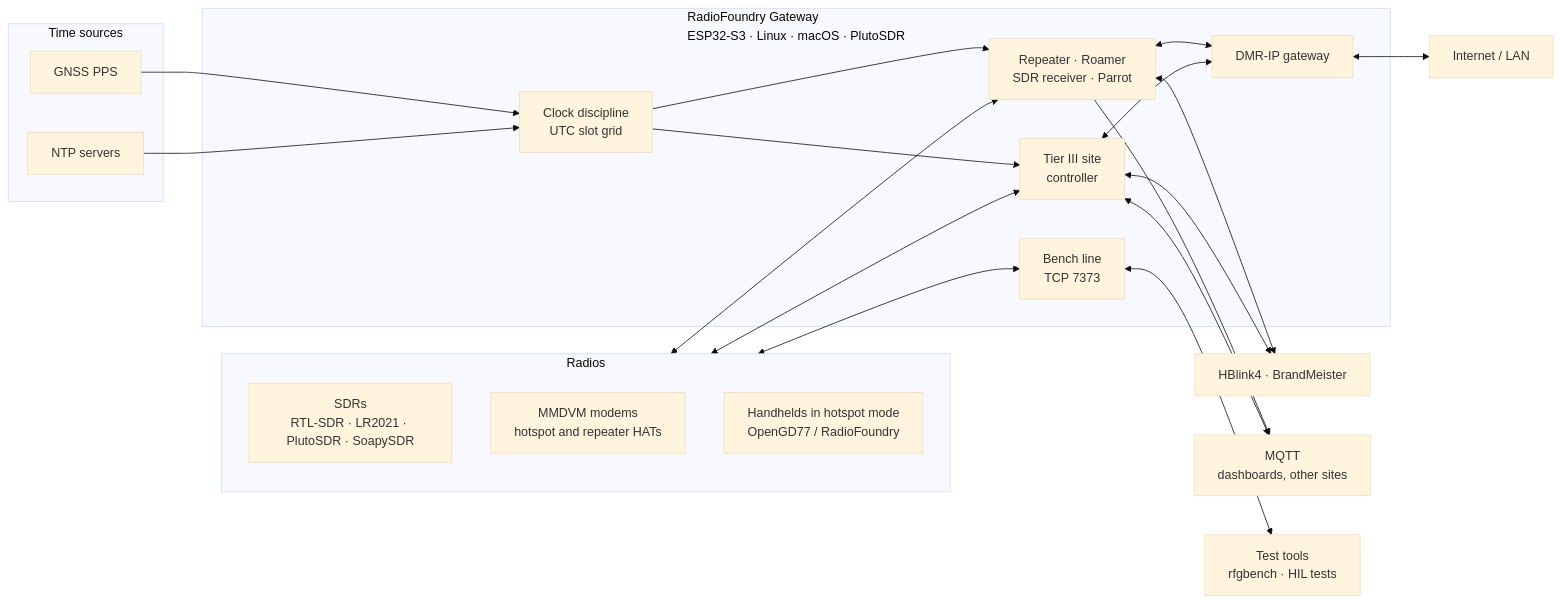
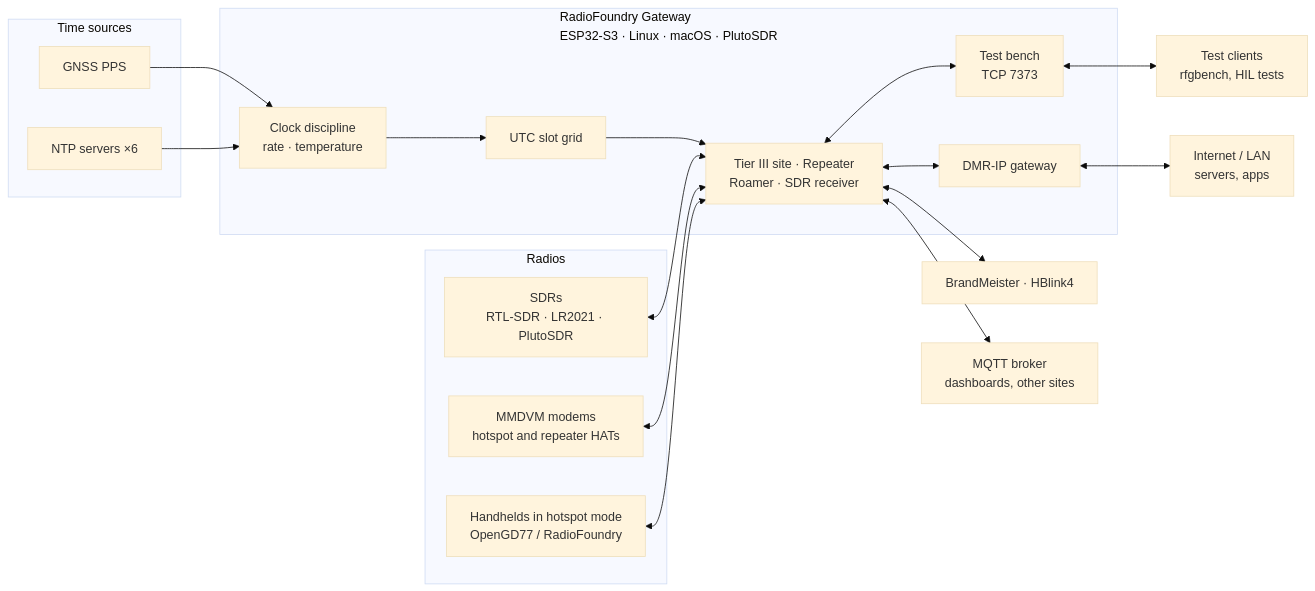
The diagram in README.md (RadioFoundry/RadioFoundryGateway), drawn with Mermaid (base theme) before and after one commit. The commit also changed other lines of this file, not shown here.

Commit message:
Docs: restore the README diagram's layout

````diff
--- a/README.md
+++ b/README.md
@@ -30,34 +30,31 @@
 ```mermaid
 flowchart LR
     subgraph Radios["Radios"]
-        SDR["SDRs<br/>RTL-SDR · LR2021 · PlutoSDR · SoapySDR"]
+        SDR["SDRs<br/>RTL-SDR · LR2021 · PlutoSDR"]
         MOD["MMDVM modems<br/>hotspot and repeater HATs"]
         HS["Handhelds in hotspot mode<br/>OpenGD77 / RadioFoundry"]
     end
     subgraph Time["Time sources"]
         PPS["GNSS PPS"]
-        NTP["NTP servers"]
+        NTP["NTP servers ×6"]
     end
     subgraph GW["RadioFoundry Gateway<br/>ESP32-S3 · Linux · macOS · PlutoSDR"]
-        CLK["Clock discipline<br/>UTC slot grid"]
-        APPS["Repeater · Roamer<br/>SDR receiver · Parrot"]
-        T3["Tier III site<br/>controller"]
+        CLK["Clock discipline<br/>rate · temperature"]
+        GRID["UTC slot grid"]
+        R["Tier III site · Repeater<br/>Roamer · SDR receiver"]
         IP["DMR-IP gateway"]
-        BENCH["Bench line<br/>TCP 7373"]
+        BENCH["Test bench<br/>TCP 7373"]
     end
     PPS --> CLK
     NTP --> CLK
-    CLK --> APPS
-    CLK --> T3
-    Radios <--> APPS
-    Radios <--> T3
-    Radios <--> BENCH
-    APPS <--> IP
-    T3 <--> IP
-    IP <--> NET["Internet / LAN"]
-    APPS <--> NETS["HBlink4 · BrandMeister"]
-    T3 <--> NETS
-    APPS --> MQ["MQTT<br/>dashboards, other sites"]
-    T3 <--> MQ
-    BENCH <--> TOOLS["Test tools<br/>rfgbench · HIL tests"]
+    CLK --> GRID --> R
+    SDR <--> R
+    MOD <--> R
+    HS <--> R
+    R <--> BENCH
+    R <--> NETS["BrandMeister · HBlink4"]
+    R <--> MQ["MQTT broker<br/>dashboards, other sites"]
+    R <--> IP
+    IP <--> NET["Internet / LAN<br/>servers, apps"]
+    BENCH <--> TOOLS["Test clients<br/>rfgbench, HIL tests"]
 ```
````
